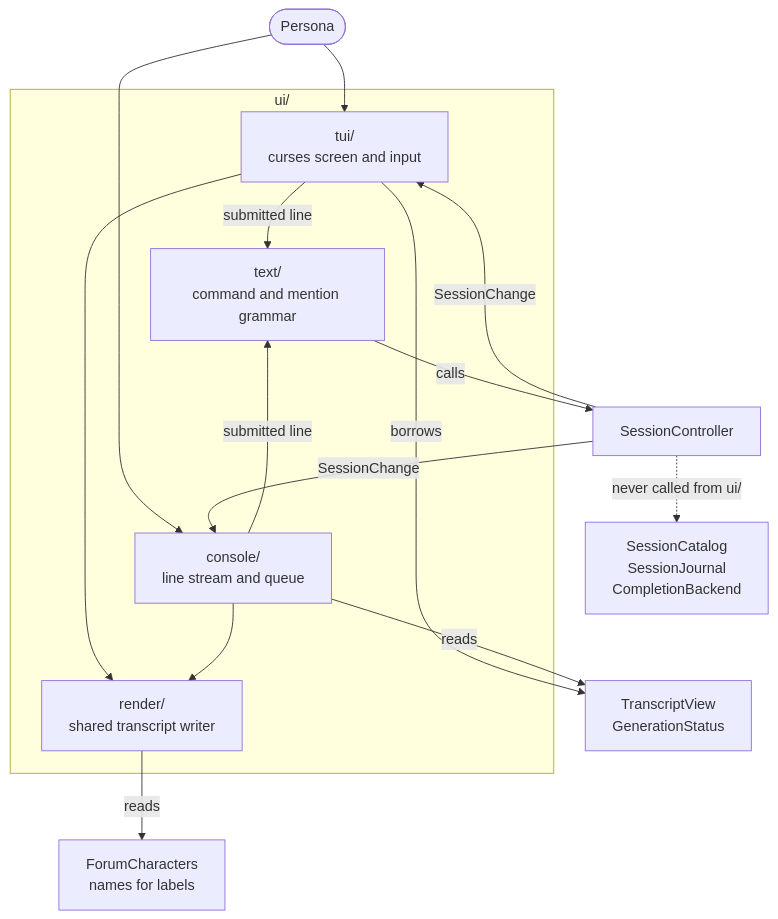
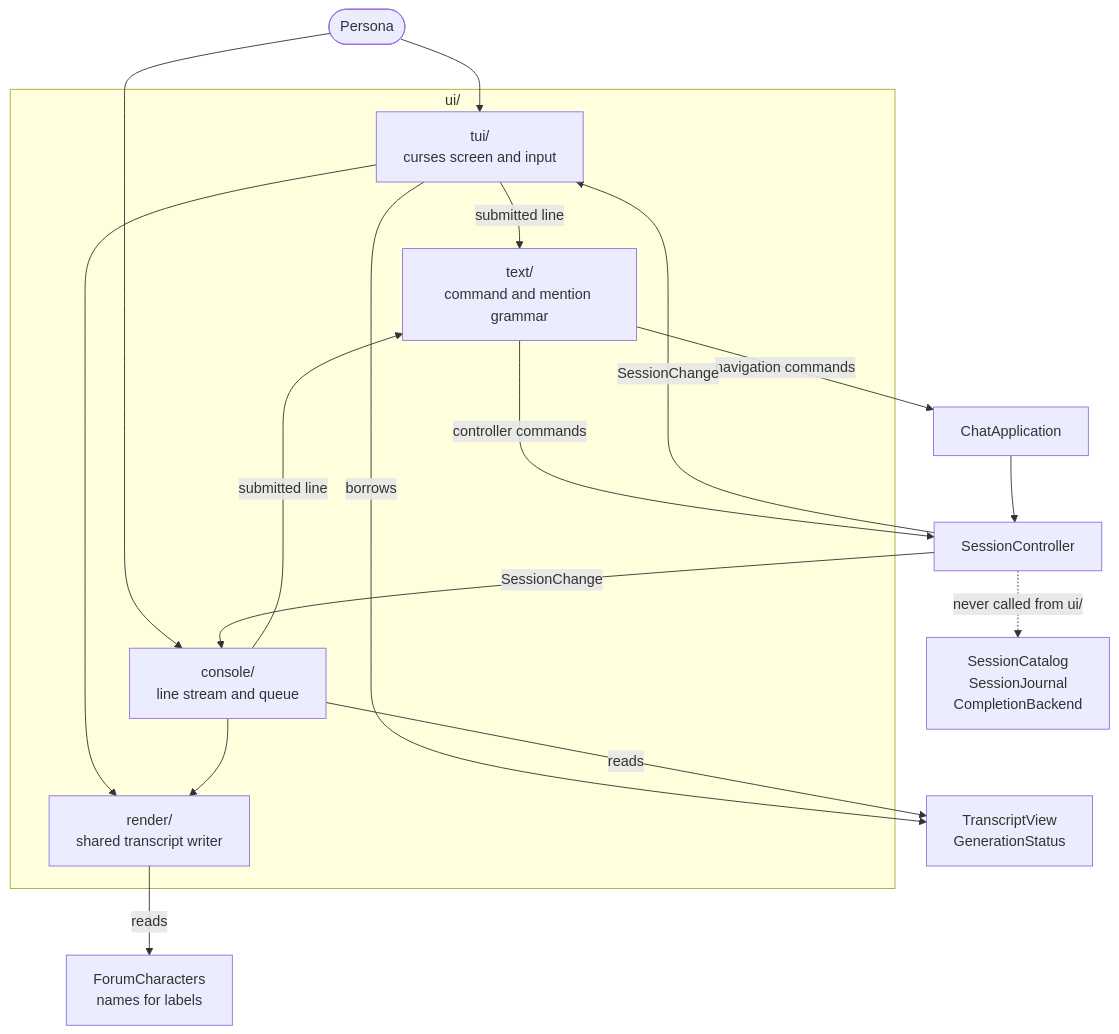
The diagram in src/ui/README.md (michaelpopov/cha), drawn with Mermaid before and after one commit. The commit also changed other lines of this file and 17 other files, not shown here.

````diff
--- a/src/ui/README.md
+++ b/src/ui/README.md
@@ -28,24 +29,26 @@
 ```mermaid
 flowchart TD
     subgraph ui["ui/"]
         tui["tui/<br/>curses screen and input"]
         console["console/<br/>line stream and queue"]
         render["render/<br/>shared transcript writer"]
         txt["text/<br/>command and mention grammar"]
     end
 
     persona(["Persona"]) --> tui
     persona --> console
     tui --> render
     console --> render
     tui -->|"submitted line"| txt
     console -->|"submitted line"| txt
-    txt -->|"calls"| controller["SessionController"]
+    txt -->|"controller commands"| controller["SessionController"]
+    txt -->|"navigation commands"| application["ChatApplication"]
+    application --> controller
     controller -->|"SessionChange"| tui
     controller -->|"SessionChange"| console
     tui -->|"borrows"| convo["TranscriptView<br/>GenerationStatus"]
     console -->|"reads"| convo
     render -->|"reads"| characters["ForumCharacters<br/>names for labels"]
 
     controller -.->|"never called from ui/"| store["SessionCatalog<br/>SessionJournal<br/>CompletionBackend"]
 ```
````
